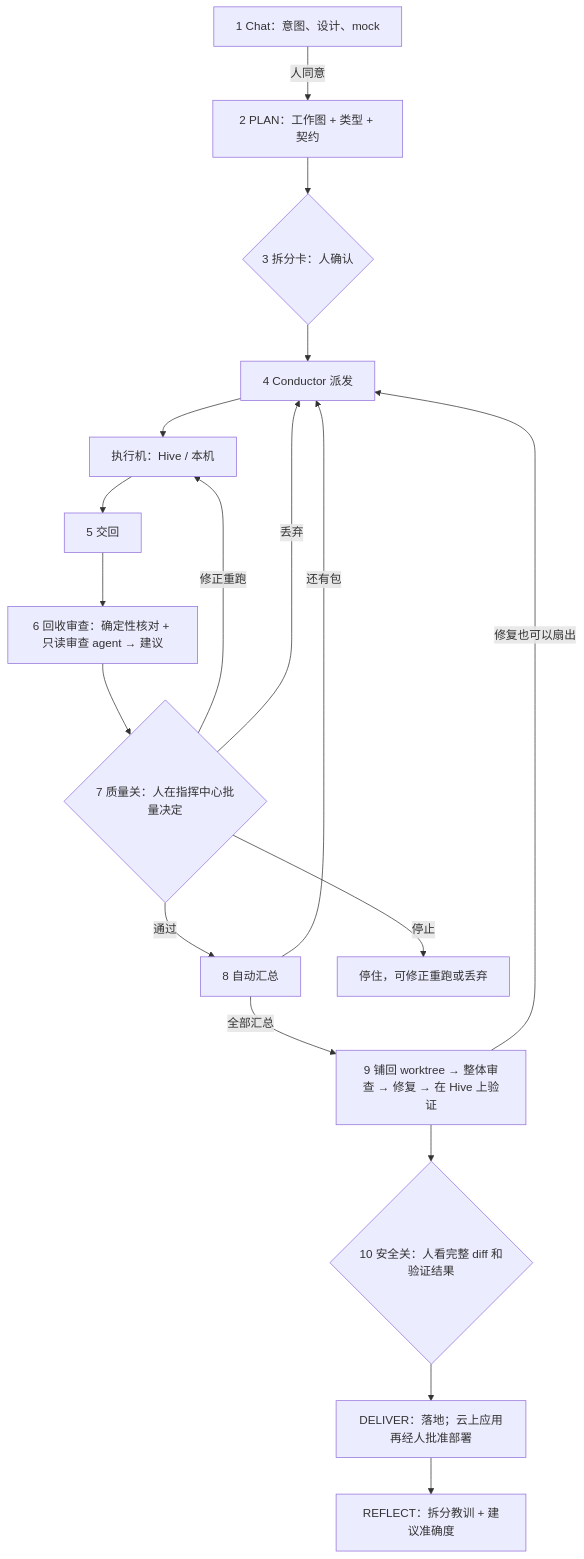
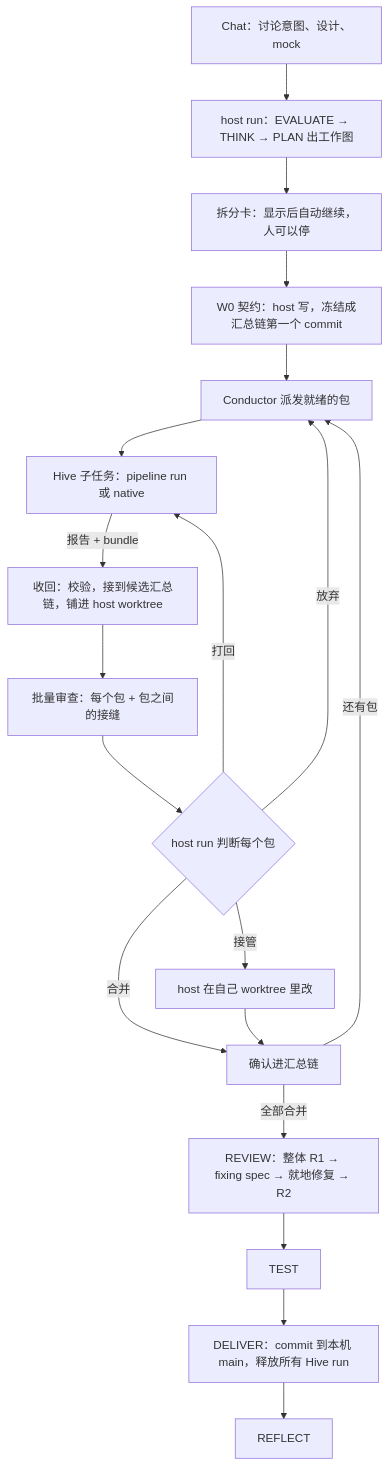
One commit to xg-gh-25/SwarmAI changed the first of 2 diagrams in docs/design/2026-10-31-swarm-run.md. Above: the diagram before and after it, drawn with Mermaid. The commit also changed other lines of this file, not shown here.

First line of the commit message:
docs(design): Swarm Run r5 — host run consolidates, reviews and decides per package

````diff
--- a/docs/design/2026-10-31-swarm-run.md
+++ b/docs/design/2026-10-31-swarm-run.md
@@ -121,20 +101,21 @@
 ```mermaid
 flowchart TD
-  I[1 Chat：意图、设计、mock] -->|人同意| P[2 PLAN：工作图 + 类型 + 契约]
-  P --> S{3 拆分卡：人确认}
-  S --> D[4 Conductor 派发]
-  D --> X[执行机：Hive / 本机]
-  X --> R[5 交回]
-  R --> RR[6 回收审查：确定性核对 + 只读审查 agent → 建议]
-  RR --> V{7 质量关：人在指挥中心批量决定}
-  V -->|通过| C[8 自动汇总]
-  V -->|修正重跑| X
-  V -->|停止| ST[停住，可修正重跑或丢弃]
-  V -->|丢弃| D
-  C -->|还有包| D
-  C -->|全部汇总| O[9 铺回 worktree → 整体审查 → 修复 → 在 Hive 上验证]
-  O -->|修复也可以扇出| D
-  O --> G{10 安全关：人看完整 diff 和验证结果}
-  G --> DL[DELIVER：落地；云上应用再经人批准部署]
-  DL --> RF[REFLECT：拆分教训 + 建议准确度]
+  I[Chat：讨论意图、设计、mock] --> P[host run：EVALUATE → THINK → PLAN 出工作图]
+  P --> S[拆分卡：显示后自动继续，人可以停]
+  S --> W0[W0 契约：host 写，冻结成汇总链第一个 commit]
+  W0 --> D[Conductor 派发就绪的包]
+  D --> X[Hive 子任务：pipeline run 或 native]
+  X -->|报告 + bundle| C[收回：校验，接到候选汇总链，铺进 host worktree]
+  C --> R[批量审查：每个包 + 包之间的接缝]
+  R --> J{host run 判断每个包}
+  J -->|合并| M[确认进汇总链]
+  J -->|打回| X
+  J -->|接管| T[host 在自己 worktree 里改]
+  J -->|放弃| D
+  T --> M
+  M -->|还有包| D
+  M -->|全部合并| RV[REVIEW：整体 R1 → fixing spec → 就地修复 → R2]
+  RV --> TS[TEST]
+  TS --> DL[DELIVER：commit 到本机 main，释放所有 Hive run]
+  DL --> RF[REFLECT]
 ```
````
